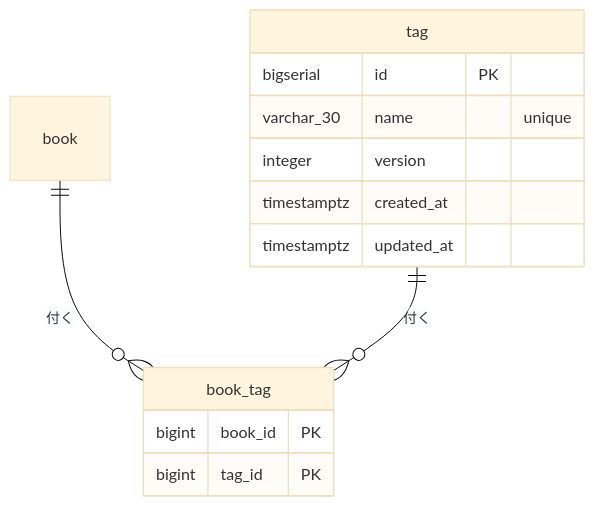
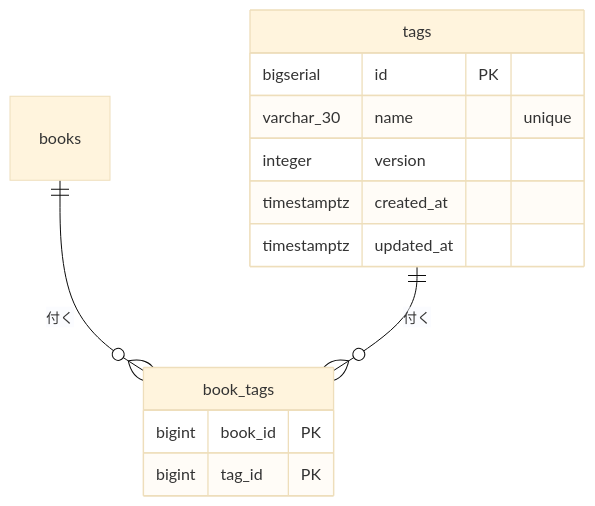
One commit to mrstsgk/book-management-system changed the second of 3 diagrams in docs/db/backend-schema.md. Above: the diagram before and after it, drawn with Mermaid (base theme). The commit also changed other lines of this file and 22 other files, not shown here.

````diff
--- a/docs/db/backend-schema.md
+++ b/docs/db/backend-schema.md
@@ -32,16 +32,16 @@
 ```mermaid
 erDiagram
-    tag {
+    tags {
         bigserial id PK
         varchar_30 name "unique"
         integer version
         timestamptz created_at
         timestamptz updated_at
     }
-    book_tag {
+    book_tags {
         bigint book_id PK
         bigint tag_id PK
     }
-    book ||--o{ book_tag : "付く"
-    tag ||--o{ book_tag : "付く"
+    books ||--o{ book_tags : "付く"
+    tags ||--o{ book_tags : "付く"
 ```
````
